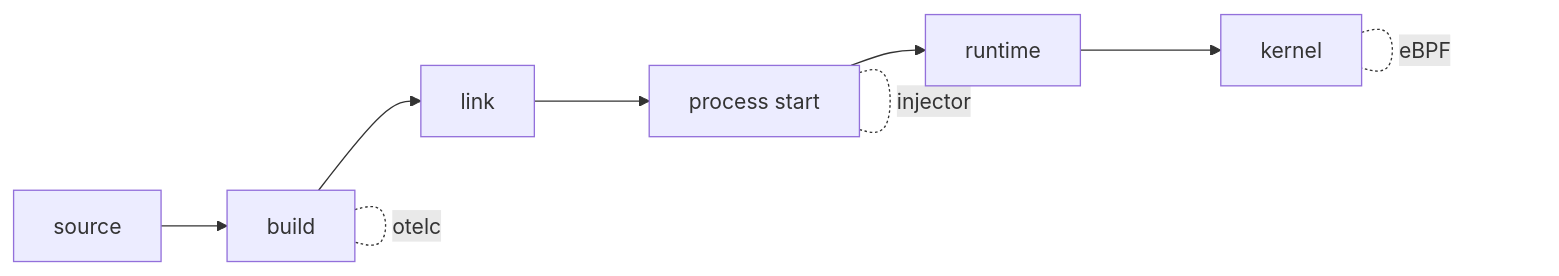
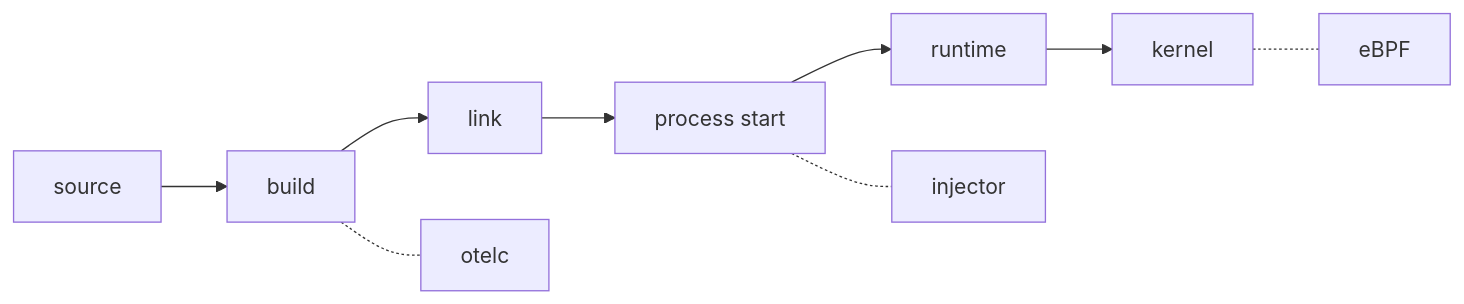
The first of 6 diagrams in talks/without-a-single-line/slides/presentation.md (kakkoyun/gopherconuk-26), drawn with Mermaid before and after one commit. The commit also changed other lines of this file and 5 other files, not shown here.

````diff
--- a/talks/without-a-single-line/slides/presentation.md
+++ b/talks/without-a-single-line/slides/presentation.md
@@ -195,7 +210,7 @@
 ```mermaid
 flowchart LR
     A[source] --> B[build] --> C[link] --> D[process start] --> E[runtime] --> F[kernel]
-    B -.- |otelc| B
-    D -.- |injector| D
-    F -.- |eBPF| F
+    B -.- otelc
+    D -.- injector
+    F -.- eBPF
 ```
````
